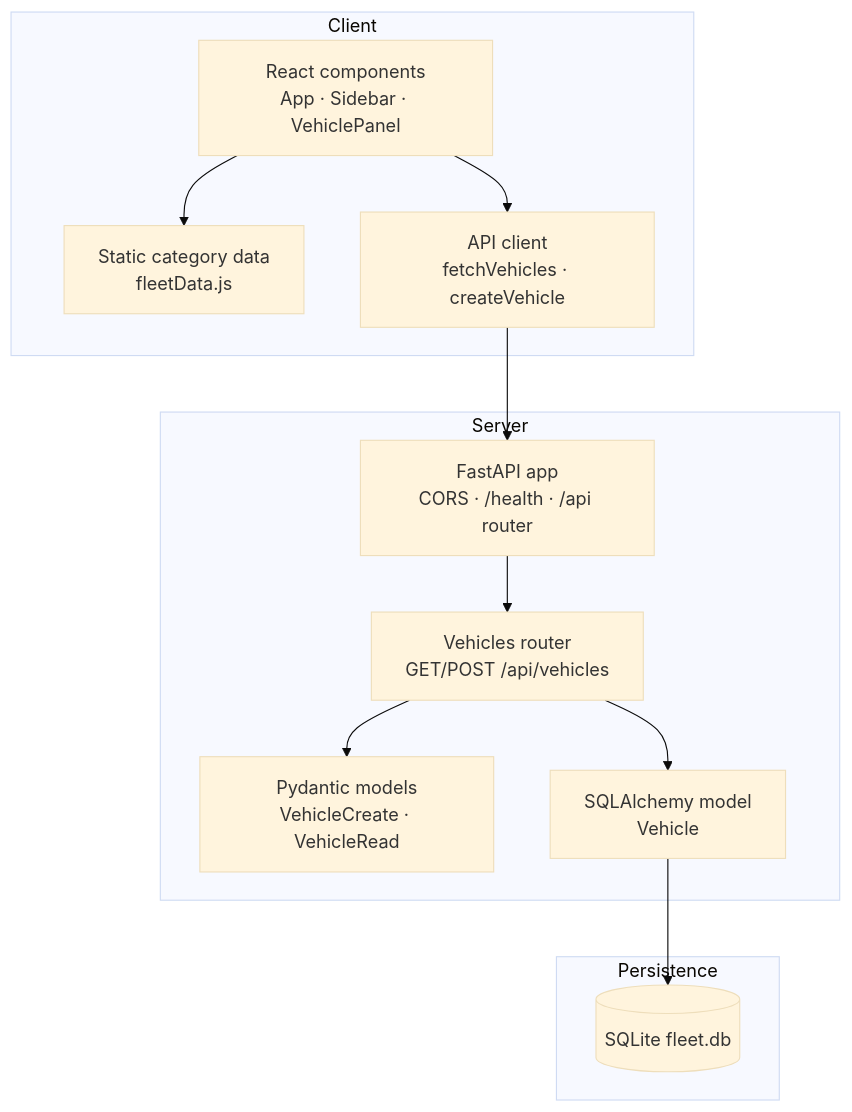
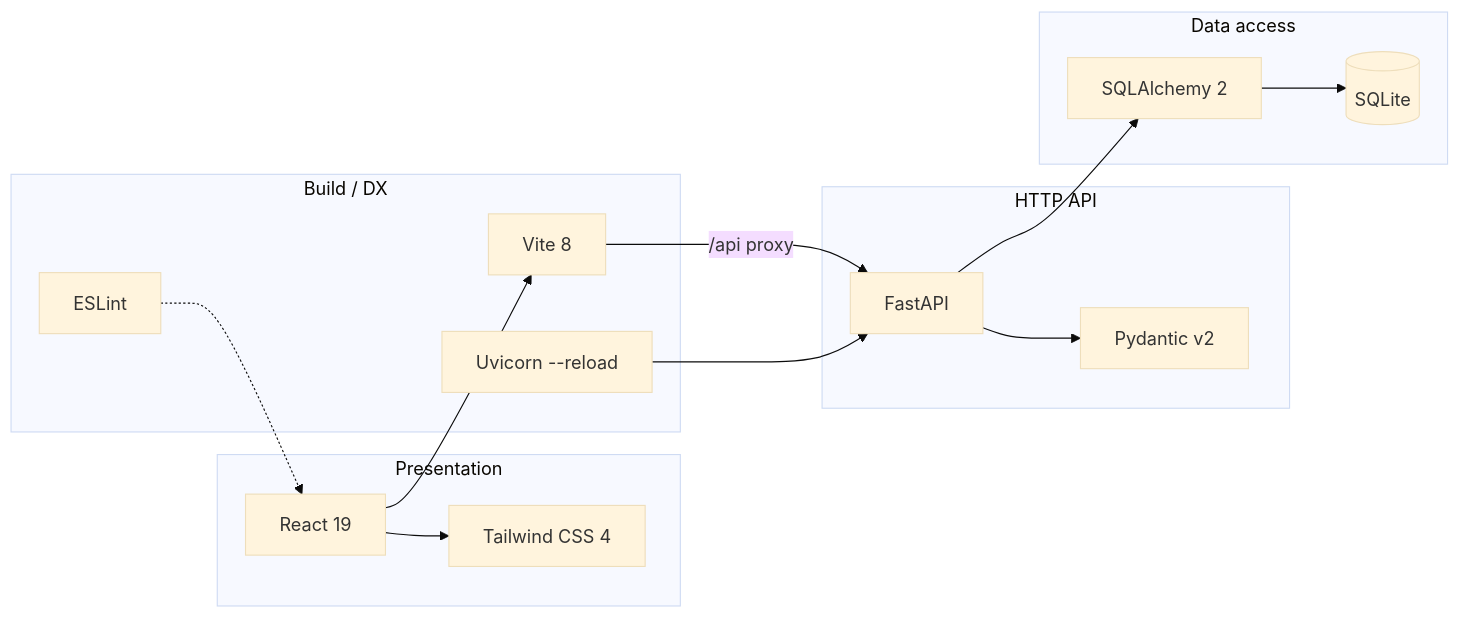
The eighth of 8 diagrams in README.md (ajeske/fleet-app), drawn with Mermaid (base theme) before and after one commit. The commit also changed other lines of this file, not shown here.

Commit message:
More detailed Architecture diagrams.

````diff
--- a/README.md
+++ b/README.md
@@ -70,27 +261,32 @@
 ```mermaid
-flowchart TB
-  subgraph Client
-    A["React components\nApp · Sidebar · VehiclePanel"]
-    B["Static category data\nfleetData.js"]
-    C["API client\nfetchVehicles · createVehicle"]
+flowchart LR
+  subgraph Presentation["Presentation"]
+    R["React 19"]
+    T["Tailwind CSS 4"]
   end
 
-  subgraph Server
-    D["FastAPI app\nCORS · /health · /api router"]
-    E["Vehicles router\nGET/POST /api/vehicles"]
-    F["Pydantic models\nVehicleCreate · VehicleRead"]
-    G["SQLAlchemy model\nVehicle"]
+  subgraph Tooling["Build / DX"]
+    V["Vite 8"]
+    E["ESLint"]
+    UV["Uvicorn --reload"]
   end
 
-  subgraph Persistence
-    H[("SQLite fleet.db")]
+  subgraph API["HTTP API"]
+    F["FastAPI"]
+    P["Pydantic v2"]
   end
 
-  A --> B
-  A --> C
-  C --> D
-  D --> E
-  E --> F
-  E --> G
-  G --> H
+  subgraph DataAccess["Data access"]
+    S["SQLAlchemy 2"]
+    Q[("SQLite")]
+  end
+
+  R --> V
+  R --> T
+  V -->|"/api proxy"| F
+  F --> P
+  F --> S
+  S --> Q
+  UV --> F
+  E -.-> R
 ```
````
